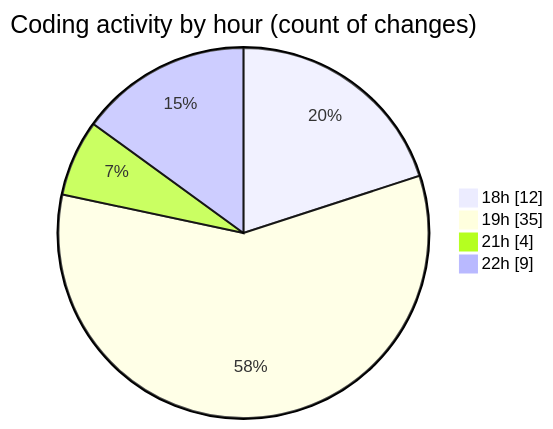
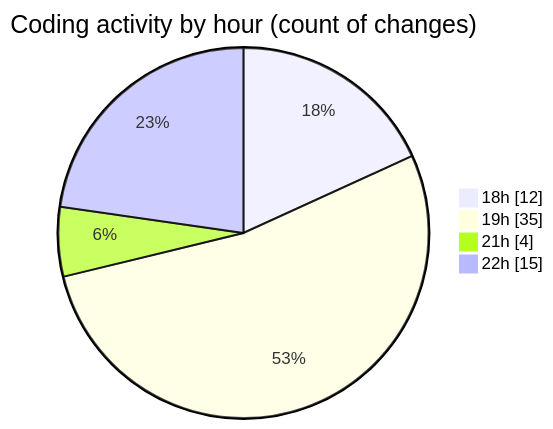
One commit to Elitesun/code-tracking changed the second of 2 diagrams in 2025-05-15/laala_boost/README.md. Above: the diagram before and after it, drawn with Mermaid. The commit also changed other lines of this file and 2 other files, not shown here.

````diff
--- a/2025-05-15/laala_boost/README.md
+++ b/2025-05-15/laala_boost/README.md
@@ -48,8 +50,8 @@
 ```mermaid
 pie showData
 title Coding activity by hour (count of changes)
 "18h" : 12
 "19h" : 35
 "21h" : 4
-"22h" : 9
+"22h" : 15
 ```
````
